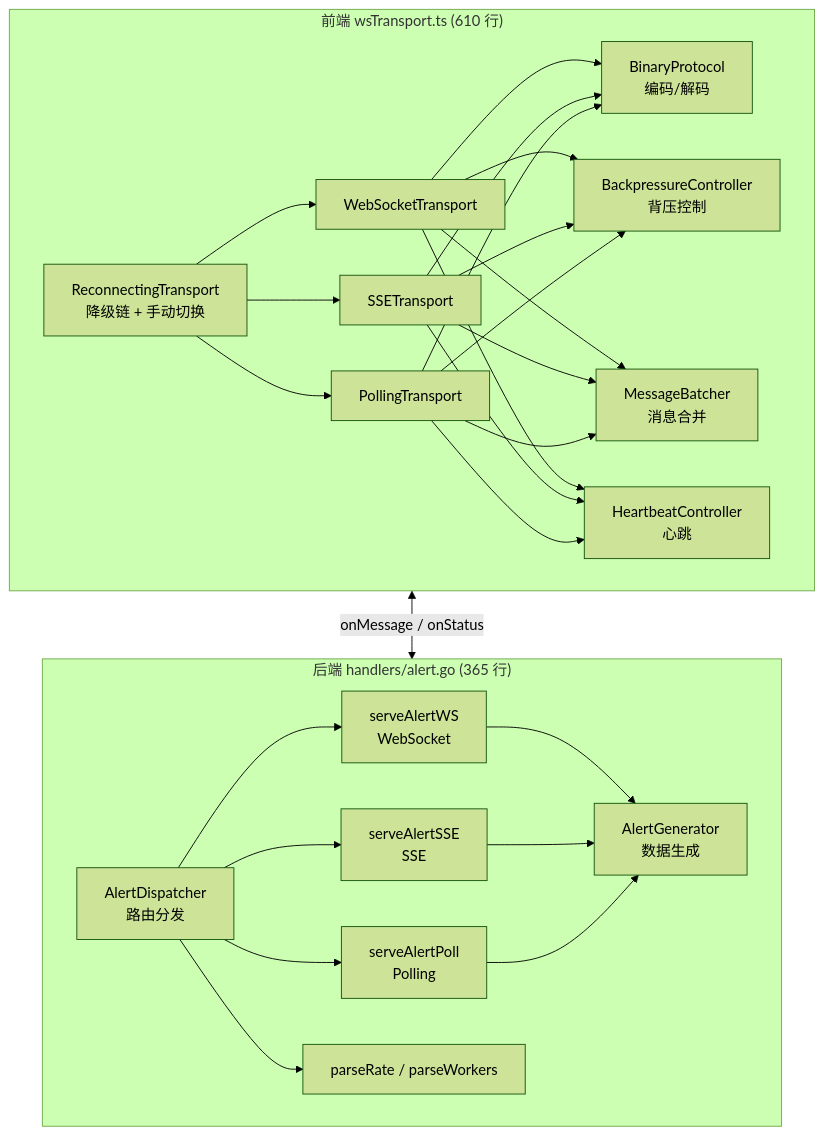
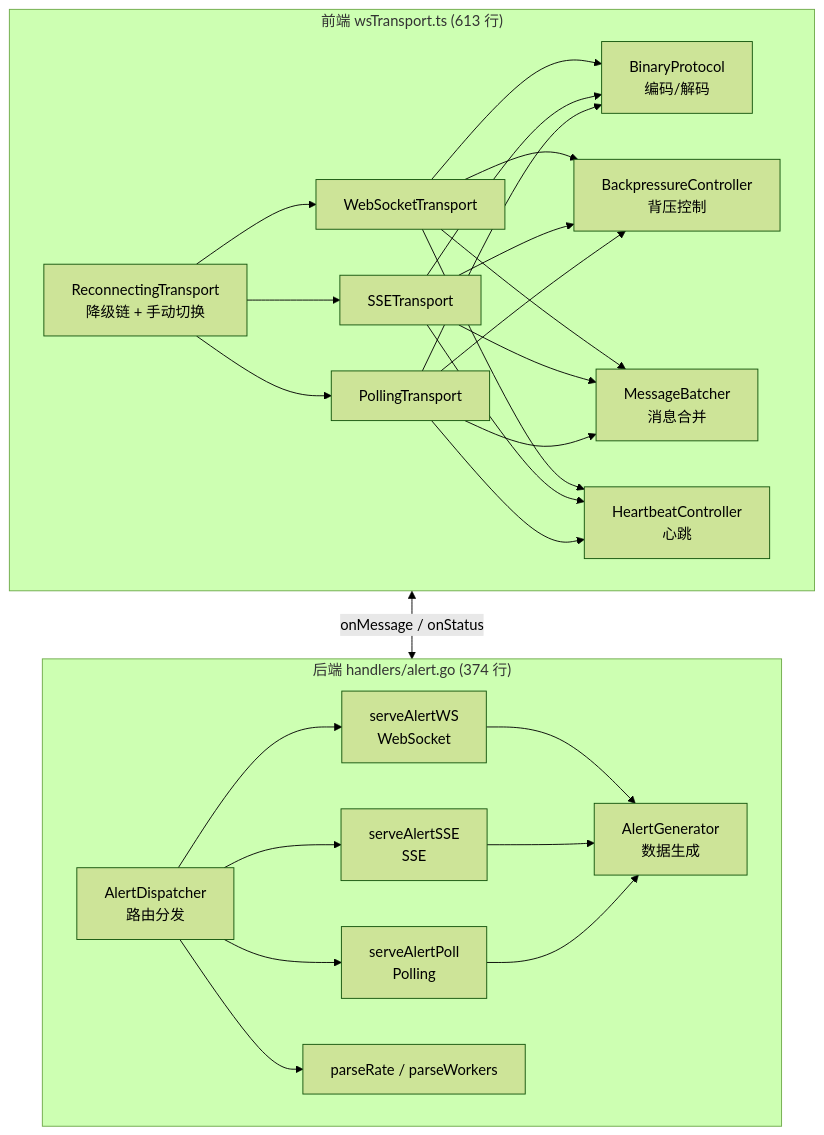
One commit to KMaybe01/interview-demo changed diagram 13 of 46 in docs/面试亮点.md. Above: the diagram before and after it, drawn with Mermaid (forest theme). The commit also changed other lines of this file and 3 other files, not shown here.

````diff
--- a/docs/面试亮点.md
+++ b/docs/面试亮点.md
@@ -1013,29 +1013,29 @@
 ```mermaid
 graph TB
-    subgraph Frontend["前端 wsTransport.ts (610 行)"]
+    subgraph Frontend["前端 wsTransport.ts (613 行)"]
         BP["BinaryProtocol<br/>编码/解码"]
         BC["BackpressureController<br/>背压控制"]
         MB["MessageBatcher<br/>消息合并"]
         HB["HeartbeatController<br/>心跳"]
         WT["WebSocketTransport"]
         ST["SSETransport"]
         PT["PollingTransport"]
         RT["ReconnectingTransport<br/>降级链 + 手动切换"]
     end
 
-    subgraph Backend["后端 handlers/alert.go (365 行)"]
+    subgraph Backend["后端 handlers/alert.go (374 行)"]
         AD["AlertDispatcher<br/>路由分发"]
         AWS["serveAlertWS<br/>WebSocket"]
         ASSE["serveAlertSSE<br/>SSE"]
         APOLL["serveAlertPoll<br/>Polling"]
         AG["AlertGenerator<br/>数据生成"]
         COMMON["parseRate / parseWorkers"]
     end
 
     RT --> WT & ST & PT
     WT & ST & PT --> BP & BC & MB & HB
     AD --> AWS & ASSE & APOLL
     AWS & ASSE & APOLL --> AG
     AD --> COMMON
     Frontend <-->|onMessage / onStatus| Backend
 ```
````
